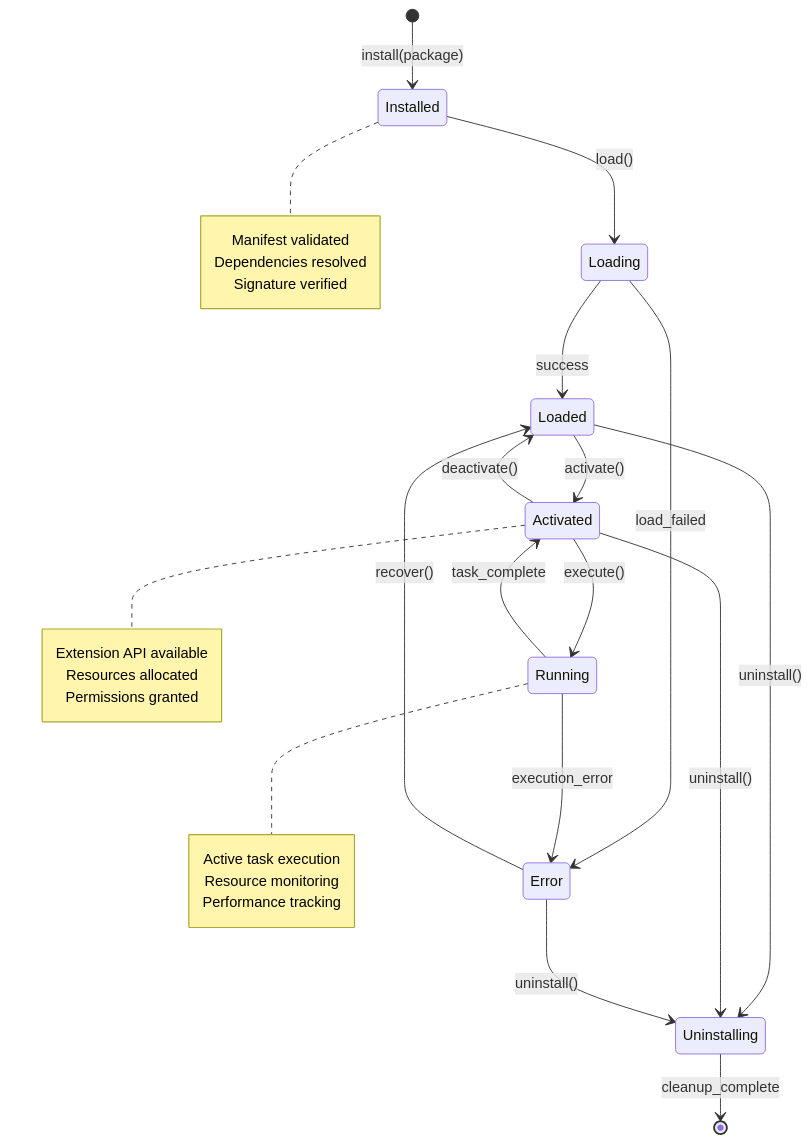
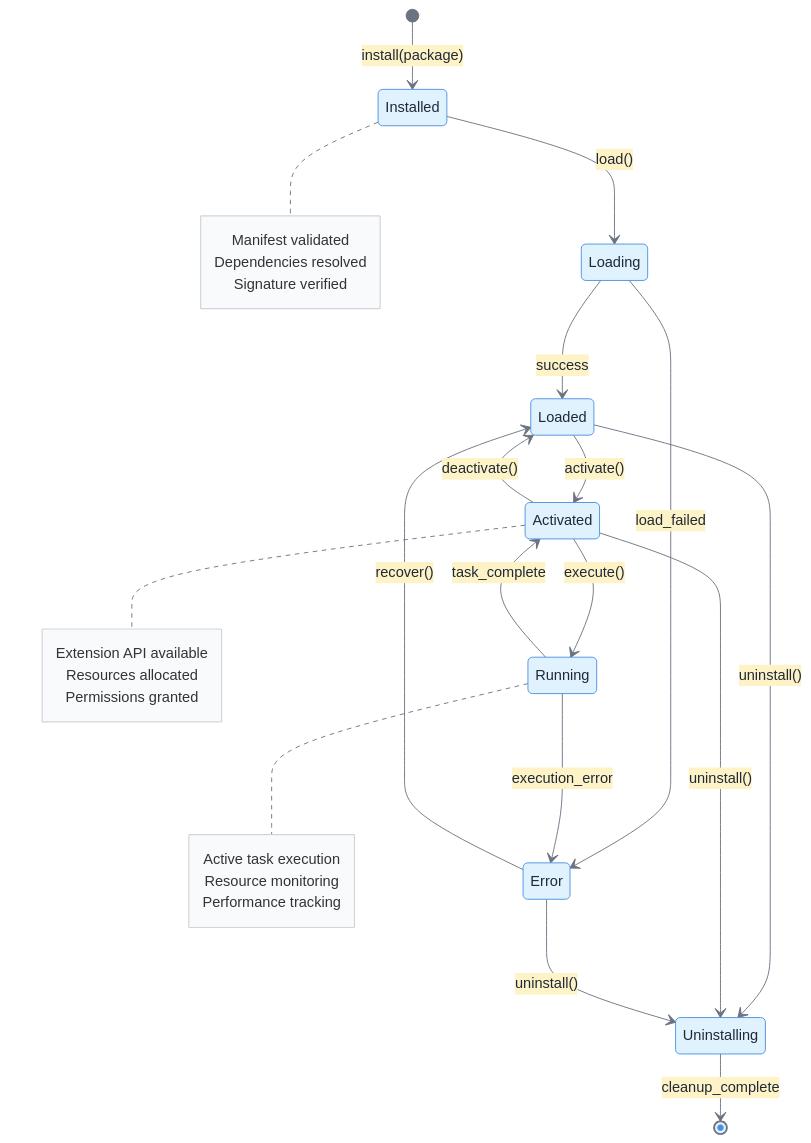
Before and after one commit to Symphony-aide/Symphony: the first of 10 diagrams in STATE_DIAGRAM.md, drawn with Mermaid. The commit also changed other lines of this file and 2 other files, not shown here.

````diff
--- a/STATE_DIAGRAM.md
+++ b/STATE_DIAGRAM.md
@@ -29,40 +29,41 @@
 ```mermaid
+%%{init: {'theme':'base', 'themeVariables': { 'primaryColor':'#e0f2fe', 'primaryTextColor':'#1f2937', 'primaryBorderColor':'#4a90e2', 'lineColor':'#6b7280', 'secondaryColor':'#fef3c7', 'tertiaryColor':'#f0f9ff', 'noteBkgColor':'#f9fafb', 'noteBorderColor':'#d1d5db'}}}%%
 stateDiagram-v2
-    [*] --> Installed: install(package)
-    
-    Installed --> Loading: load()
-    Loading --> Loaded: success
-    Loading --> Error: load_failed
-    
-    Loaded --> Activated: activate()
-    Loaded --> Uninstalling: uninstall()
-    Activated --> Running: execute()
-    Activated --> Loaded: deactivate()
-    Activated --> Uninstalling: uninstall()
-    
-    Running --> Activated: task_complete
-    Running --> Error: execution_error
-    
-    Error --> Loaded: recover()
-    Error --> Uninstalling: uninstall()
-    
-    Uninstalling --> [*]: cleanup_complete
+    [*] --> Installed : install(package)
+
+    Installed --> Loading : load()
+    Loading --> Loaded : success
+    Loading --> Error : load_failed
+
+    Loaded --> Activated : activate()
+    Loaded --> Uninstalling : uninstall()
+    Activated --> Running : execute()
+    Activated --> Loaded : deactivate()
+    Activated --> Uninstalling : uninstall()
+
+    Running --> Activated : task_complete
+    Running --> Error : execution_error
+
+    Error --> Loaded : recover()
+    Error --> Uninstalling : uninstall()
+
+    Uninstalling --> [*] : cleanup_complete
     
     note right of Installed
         Manifest validated
         Dependencies resolved
         Signature verified
     end note
     
     note right of Activated
         Extension API available
         Resources allocated
         Permissions granted
     end note
     
     note right of Running
         Active task execution
         Resource monitoring
         Performance tracking
     end note
 ```
````
